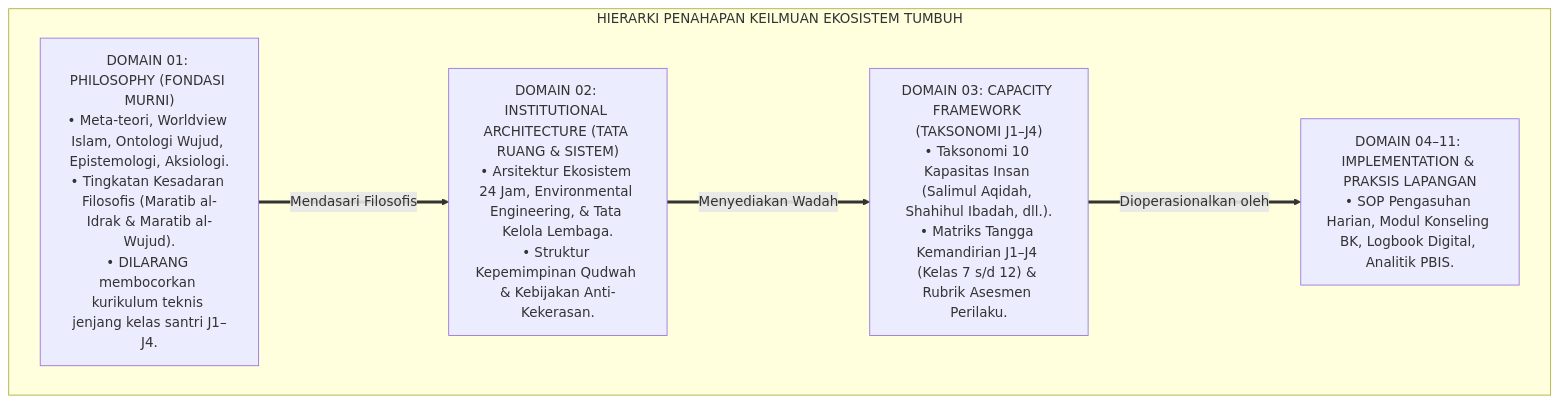
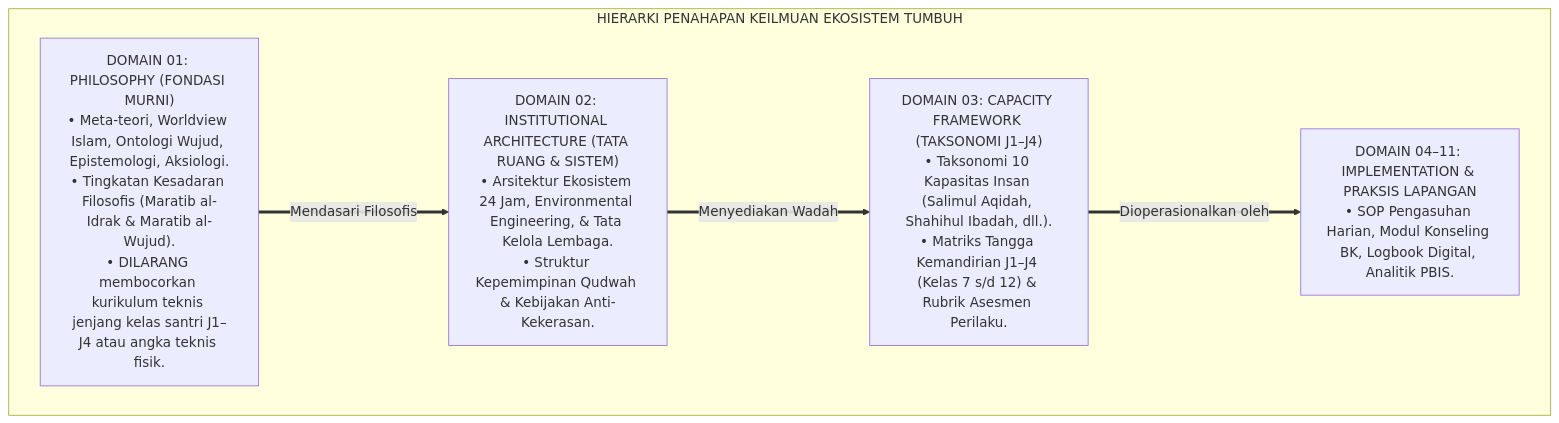
Before and after one commit to wandiapriliyandi/tumbuh: the first of 2 diagrams in METHODOLOGY/Workflow-Isi-Penelitian-dan-Struktur-Monograf-Baku.md, drawn with Mermaid. The commit also changed other lines of this file and 7 other files, not shown here.

````diff
--- a/METHODOLOGY/Workflow-Isi-Penelitian-dan-Struktur-Monograf-Baku.md
+++ b/METHODOLOGY/Workflow-Isi-Penelitian-dan-Struktur-Monograf-Baku.md
@@ -44,17 +43,17 @@
 ```mermaid
 flowchart TD
     subgraph HierarkiEpistemologisTUMBUH["HIERARKI PENAHAPAN KEILMUAN EKOSISTEM TUMBUH"]
         
-        D1["DOMAIN 01: PHILOSOPHY (FONDASI MURNI)<br/>• Meta-teori, Worldview Islam, Ontologi Wujud, Epistemologi, Aksiologi.<br/>• Tingkatan Kesadaran Filosofis (Maratib al-Idrak & Maratib al-Wujud).<br/>• DILARANG membocorkan kurikulum teknis jenjang kelas santri J1–J4."]
+        D1["DOMAIN 01: PHILOSOPHY (FONDASI MURNI)<br/>• Meta-teori, Worldview Islam, Ontologi Wujud, Epistemologi, Aksiologi.<br/>• Tingkatan Kesadaran Filosofis (Maratib al-Idrak & Maratib al-Wujud).<br/>• DILARANG membocorkan kurikulum teknis jenjang kelas santri J1–J4 atau angka teknis fisik."]
         
         D2["DOMAIN 02: INSTITUTIONAL ARCHITECTURE (TATA RUANG & SISTEM)<br/>• Arsitektur Ekosistem 24 Jam, Environmental Engineering, & Tata Kelola Lembaga.<br/>• Struktur Kepemimpinan Qudwah & Kebijakan Anti-Kekerasan."]
         
         D3["DOMAIN 03: CAPACITY FRAMEWORK (TAKSONOMI J1–J4)<br/>• Taksonomi 10 Kapasitas Insan (Salimul Aqidah, Shahihul Ibadah, dll.).<br/>• Matriks Tangga Kemandirian J1–J4 (Kelas 7 s/d 12) & Rubrik Asesmen Perilaku."]
         
         D4["DOMAIN 04–11: IMPLEMENTATION & PRAKSIS LAPANGAN<br/>• SOP Pengasuhan Harian, Modul Konseling BK, Logbook Digital, Analitik PBIS."]
         
         D1 ==>|Mendasari Filosofis| D2
         D2 ==>|Menyediakan Wadah| D3
         D3 ==>|Dioperasionalkan oleh| D4
     end
 ```
````
